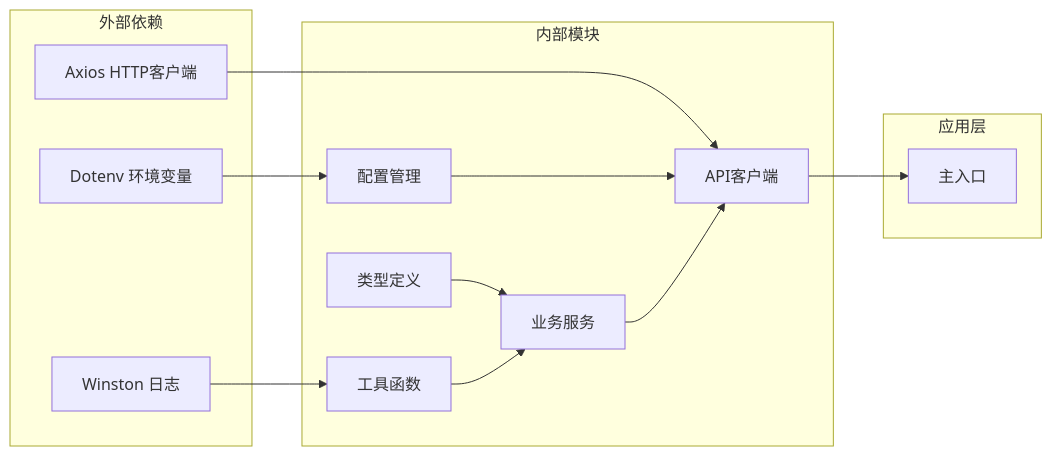
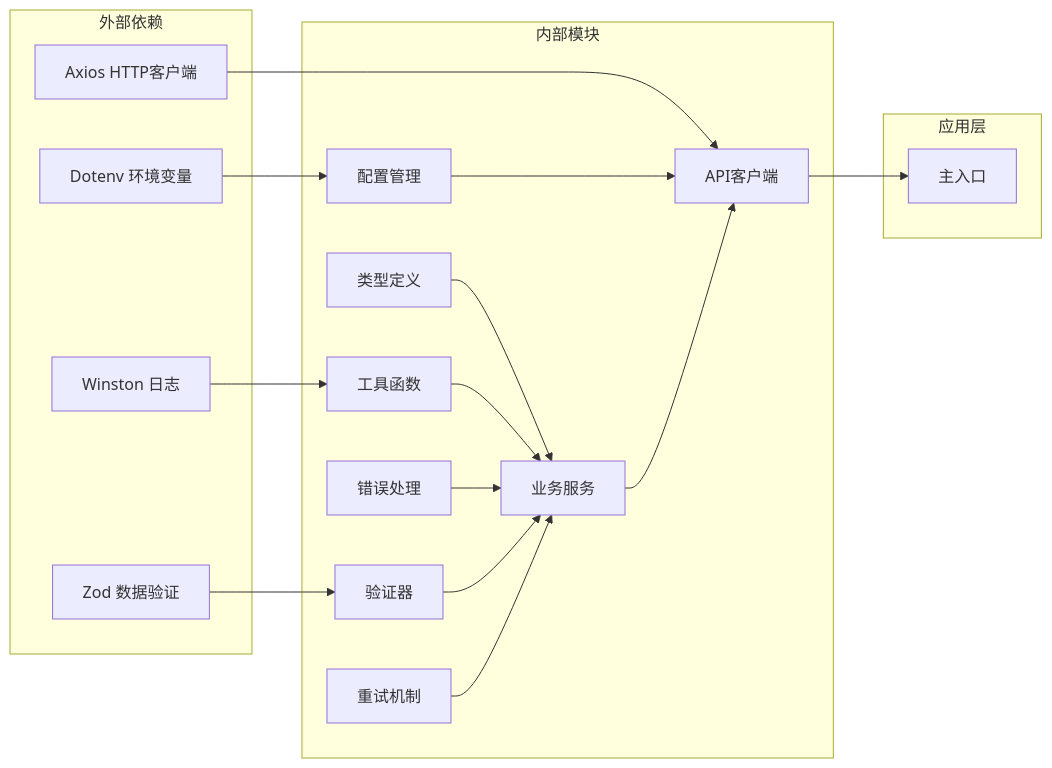
Before and after one commit to songdiyang/clawOperations: the ninth of 9 diagrams in .qoder/repowiki/zh/content/Doubao Client Api.md, drawn with Mermaid. The commit also changed other lines of this file and 10 other files, not shown here.

````diff
--- a/.qoder/repowiki/zh/content/Doubao Client Api.md
+++ b/.qoder/repowiki/zh/content/Doubao Client Api.md
@@ -368,26 +425,34 @@
 ```mermaid
 graph LR
 subgraph "外部依赖"
 Axios[Axios HTTP客户端]
 Winston[Winston 日志]
 Dotenv[Dotenv 环境变量]
+Zod[Zod 数据验证]
 end
 subgraph "内部模块"
 Types[类型定义]
 Config[配置管理]
 Utils[工具函数]
 Services[业务服务]
 Clients[API客户端]
+Errors[错误处理]
+Validators[验证器]
+Retries[重试机制]
 end
 subgraph "应用层"
 Main[主入口]
 end
 Axios --> Clients
 Winston --> Utils
 Dotenv --> Config
+Zod --> Validators
 Types --> Services
 Config --> Clients
 Utils --> Services
+Errors --> Services
+Validators --> Services
+Retries --> Services
 Services --> Clients
 Clients --> Main
 ```
````
